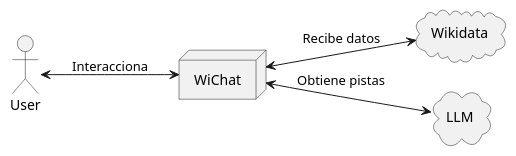
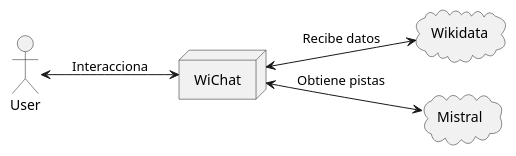
The first of 3 diagrams in docs/src/05_building_block_view.adoc (Arquisoft/wichat_es5b), drawn with PlantUML before and after one commit. The commit also changed other lines of this file, not shown here.

```diff
--- a/docs/src/05_building_block_view.adoc
+++ b/docs/src/05_building_block_view.adoc
@@ -72,23 +72,23 @@
 [plantuml,"Vision general",png]
 ----
 @startuml
 skinparam monochrome true
 left to right direction
 
 actor "User"
 
 node "WiChat" {
 }
 
 cloud "Wikidata" {
 }
 
-cloud "LLM" {
+cloud "Mistral" {
 }
 
 "User" <--> "WiChat" : Interacciona
 "WiChat" <--> "Wikidata" : Recibe datos
-"WiChat" <--> "LLM" : Obtiene pistas
+"WiChat" <--> "Mistral" : Obtiene pistas
 
 @enduml
 ----
```
